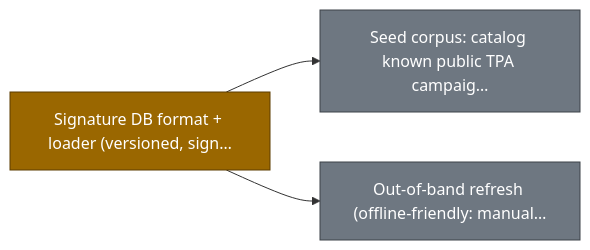
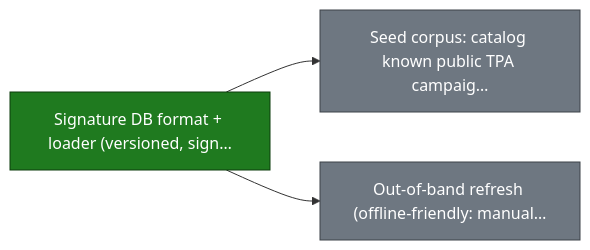
The fifth of 26 diagrams in ROADMAP.md (smart-mcp-proxy/mcpproxy-go), drawn with Mermaid before and after one commit. The commit also changed other lines of this file and 1 other file, not shown here.

Commit message:
docs(roadmap): tpa-db-format done (#1701)
Related #938

````diff
--- a/ROADMAP.md
+++ b/ROADMAP.md
@@ -230,14 +230,14 @@
 ```mermaid
 graph LR
   tpa_db_format["Signature DB format + loader (versioned, sign…"]
   tpa_db_corpus["Seed corpus: catalog known public TPA campaig…"]
   tpa_db_refresh["Out-of-band refresh (offline-friendly: manual…"]
 
   tpa_db_format --> tpa_db_corpus
   tpa_db_format --> tpa_db_refresh
 
-  classDef in_review fill:#9a6700,stroke:#5c3d00,color:#ffffff;
+  classDef done fill:#1f7a1f,stroke:#0d3d0d,color:#ffffff;
   classDef todo fill:#6e7781,stroke:#3d4248,color:#ffffff;
-  class tpa_db_format in_review;
+  class tpa_db_format done;
   class tpa_db_corpus,tpa_db_refresh todo;
 ```
````
